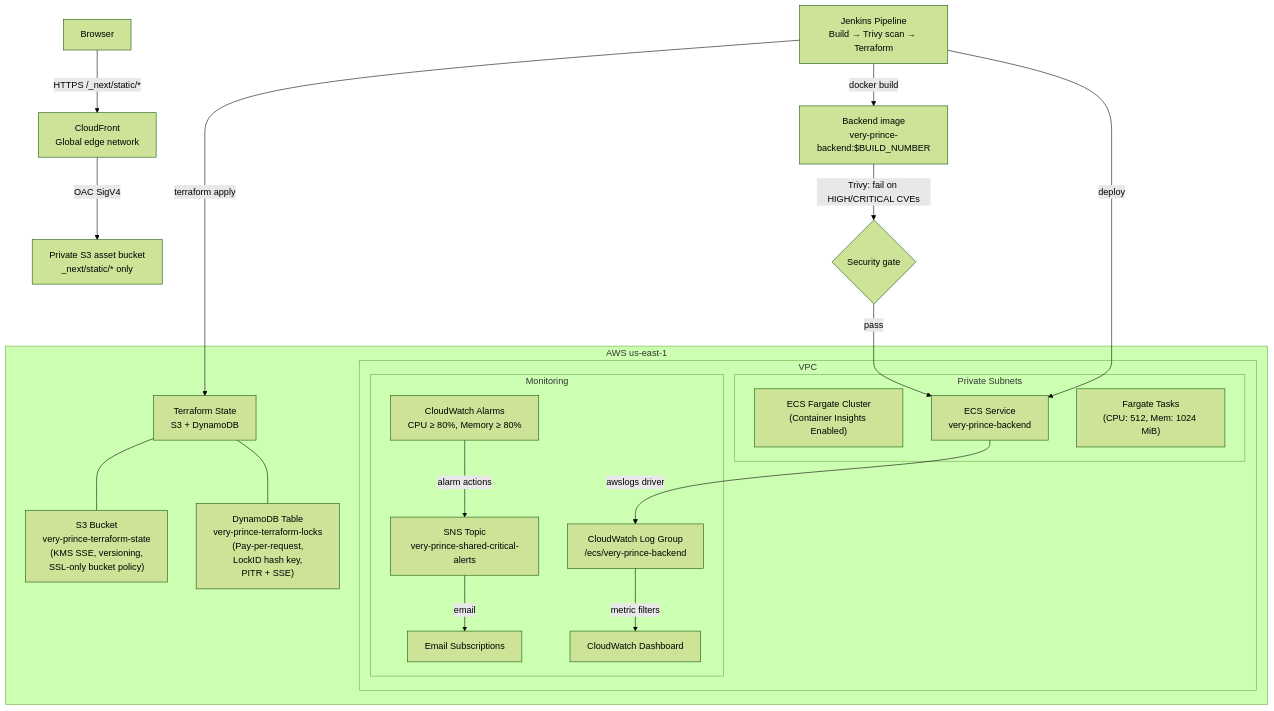
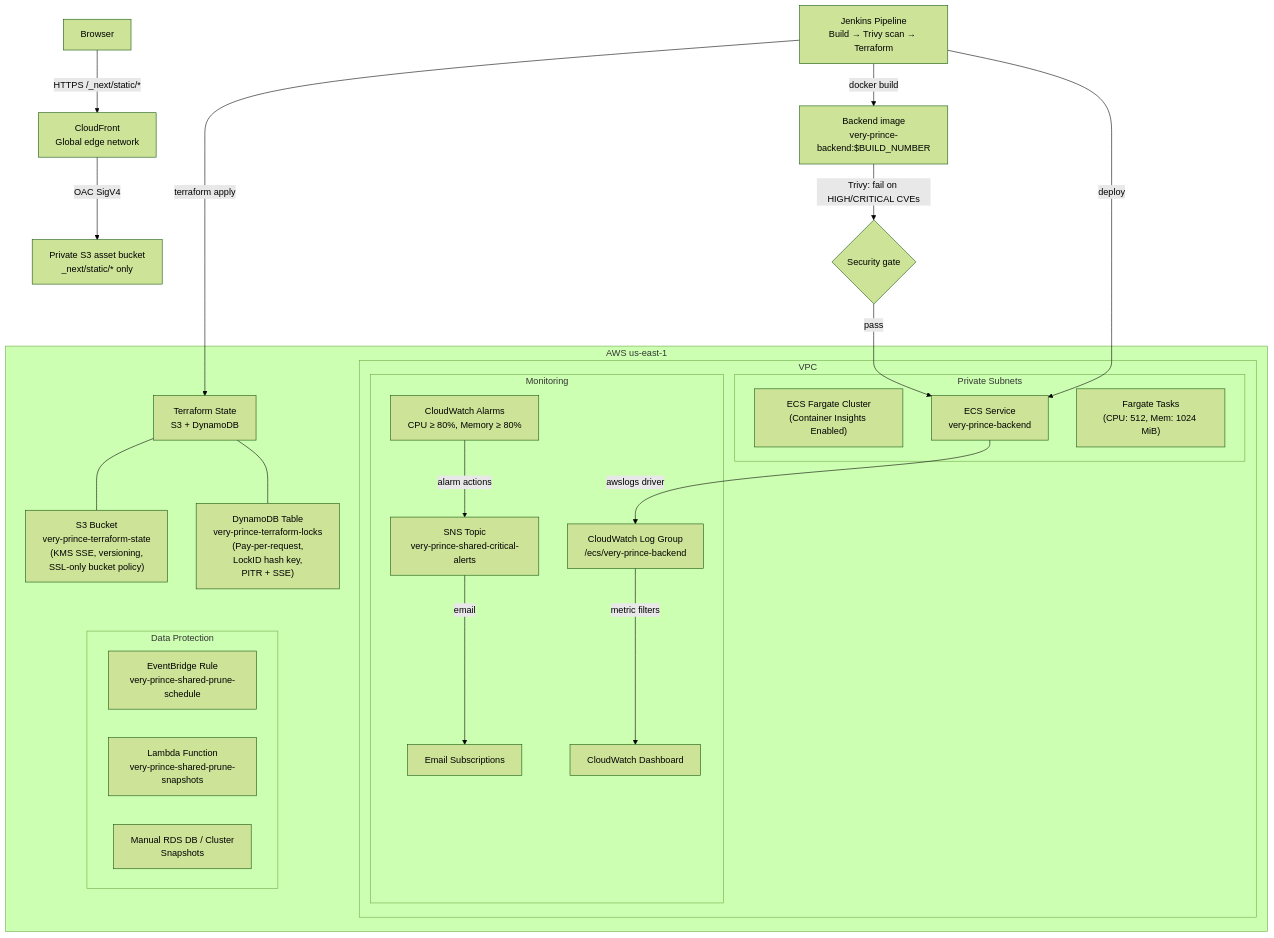
The diagram in docs/ARCHITECTURE.md (Goodnessoj/Very-Prince), drawn with Mermaid (forest theme) before and after one commit. The commit also changed other lines of this file and 12 other files, not shown here.

````diff
--- a/docs/ARCHITECTURE.md
+++ b/docs/ARCHITECTURE.md
@@ -7,38 +7,44 @@
 ```mermaid
 flowchart TD
     subgraph AWS["AWS us-east-1"]
         subgraph VPC["VPC"]
             subgraph Private["Private Subnets"]
                 ECS["ECS Fargate Cluster\n(Container Insights Enabled)"]
                 Service["ECS Service\nvery-prince-backend"]
                 Task["Fargate Tasks\n(CPU: 512, Mem: 1024 MiB)"]
             end
             
             subgraph Monitoring["Monitoring"]
                 CWLogs["CloudWatch Log Group\n/ecs/very-prince-backend"]
                 CWDashboard["CloudWatch Dashboard"]
                 CWAlerts["CloudWatch Alarms\nCPU ≥ 80%, Memory ≥ 80%"]
                 SNSTopic["SNS Topic\nvery-prince-shared-critical-alerts"]
                 Email["Email Subscriptions"]
             end
         end
         
         State["Terraform State\nS3 + DynamoDB"]
         StateBucket["S3 Bucket\nvery-prince-terraform-state\n(KMS SSE, versioning,\nSSL-only bucket policy)"]
         LockTable["DynamoDB Table\nvery-prince-terraform-locks\n(Pay-per-request,\nLockID hash key,\nPITR + SSE)"]
         State --- StateBucket
         State --- LockTable
+        
+        subgraph DataProtection["Data Protection"]
+            EBRule["EventBridge Rule\nvery-prince-shared-prune-schedule"]
+            PruneLambda["Lambda Function\nvery-prince-shared-prune-snapshots"]
+            Snapshots["Manual RDS DB / Cluster\nSnapshots"]
+        end
     end
     
     Jenkins["Jenkins Pipeline\nBuild → Trivy scan → Terraform"] -->|terraform apply| State
     Jenkins -->|docker build| Image["Backend image\nvery-prince-backend:$BUILD_NUMBER"]
     Image -->|Trivy: fail on HIGH/CRITICAL CVEs| SecurityGate{"Security gate"}
     SecurityGate -->|pass| Service
     Browser["Browser"] -->|HTTPS /_next/static/*| CDN["CloudFront\nGlobal edge network"]
     CDN -->|OAC SigV4| Assets["Private S3 asset bucket\n_next/static/* only"]
     Service -->|awslogs driver| CWLogs
     CWLogs -->|metric filters| CWDashboard
     CWAlerts -->|alarm actions| SNSTopic
     SNSTopic -->|email| Email
     Jenkins -->|deploy| Service
 ```
````
